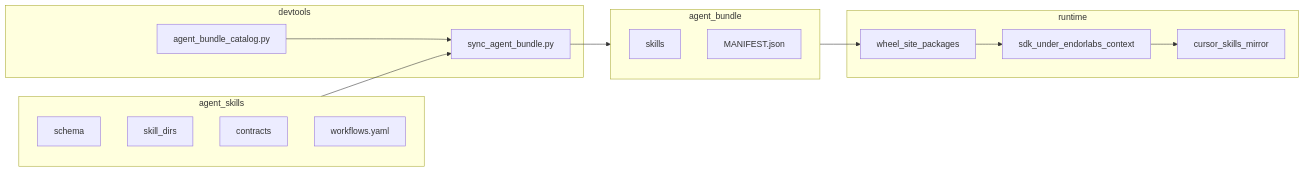
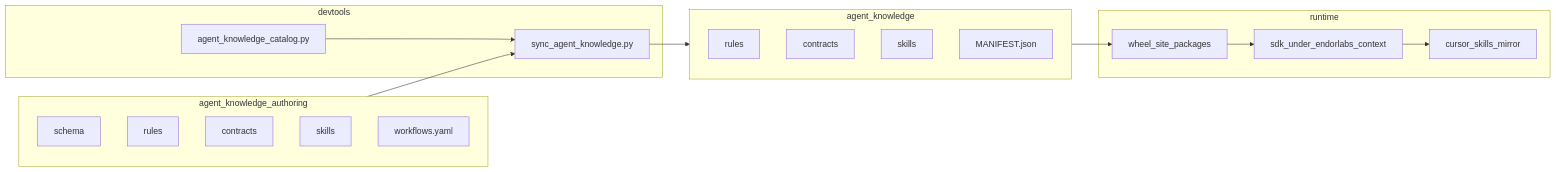
Before and after one commit to endorlabs/endorlabs-sdk: the diagram in AGENTS.md, drawn with Mermaid. The commit also changed other lines of this file and 69 other files, not shown here.

First line of the commit message:
feat: complete agent-knowledge rename and bootstrap API

````diff
--- a/AGENTS.md
+++ b/AGENTS.md
@@ -175,28 +184,31 @@
 ```mermaid
 flowchart LR
-    subgraph author [agent_skills]
+    subgraph author [agent_knowledge_authoring]
         Schema[schema]
-        Skills[skill_dirs]
+        Rules[rules]
         Contracts[contracts]
+        Skills[skills]
         WorkflowsYaml[workflows.yaml]
     end
     subgraph devtools_region [devtools]
-        Sync[sync_agent_bundle.py]
-        Catalog[agent_bundle_catalog.py]
+        Sync[sync_agent_knowledge.py]
+        Catalog[agent_knowledge_catalog.py]
     end
-    subgraph ship [agent_bundle]
+    subgraph ship [agent_knowledge]
+        BundleRules[rules]
+        BundleContracts[contracts]
         BundleSkills[skills]
         Manifest[MANIFEST.json]
     end
     subgraph runtime [runtime]
         Wheel[wheel_site_packages]
         Context[sdk_under_endorlabs_context]
         IDE[cursor_skills_mirror]
     end
     author --> Sync
     Catalog --> Sync
     Sync --> ship
     ship --> Wheel
     Wheel --> Context
     Context --> IDE
 ```
````
